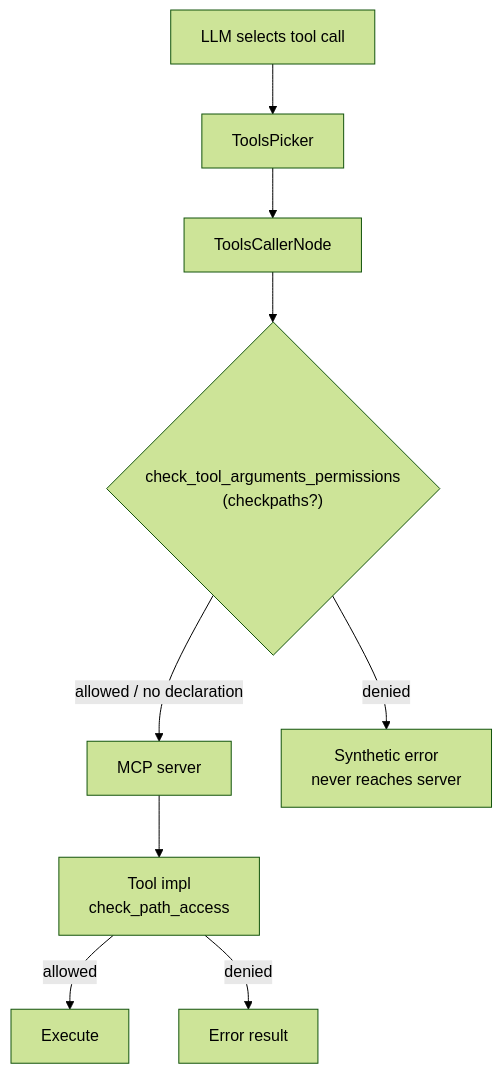
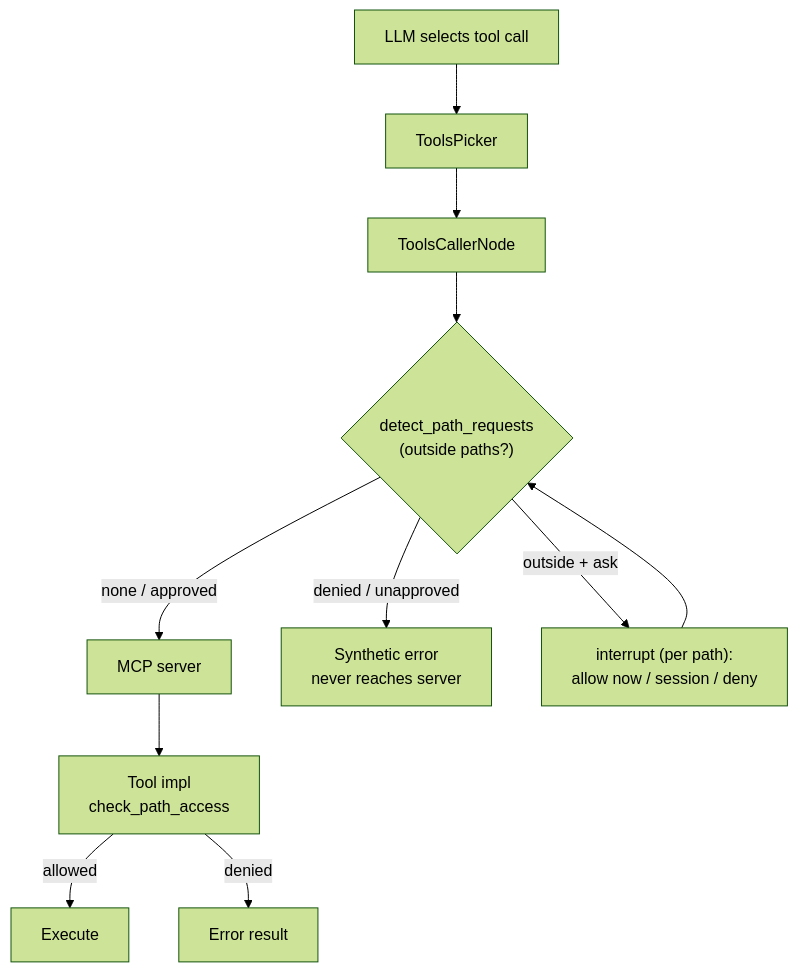
The diagram in devdocs/system/mcp-permissions.md (NeuroML/klea), drawn with Mermaid (forest theme) before and after one commit. The commit also changed other lines of this file and 6 other files, not shown here.

Commit message:
feat(utils/mcp): update dispatch to handle permissions

````diff
--- a/devdocs/system/mcp-permissions.md
+++ b/devdocs/system/mcp-permissions.md
@@ -74,11 +77,13 @@
 ```mermaid
 flowchart TD
     LLM[LLM selects tool call] --> Picker[ToolsPicker]
     Picker --> Caller[ToolsCallerNode]
-    Caller --> PreCheck{"check_tool_arguments_permissions\n(checkpaths?)"}
-    PreCheck -- allowed / no declaration --> Server[MCP server]
-    PreCheck -- denied --> Synth1[Synthetic error\nnever reaches server]
+    Caller --> PreCheck{"detect_path_requests\n(outside paths?)"}
+    PreCheck -- none / approved --> Server[MCP server]
+    PreCheck -- denied / unapproved --> Synth1[Synthetic error\nnever reaches server]
+    PreCheck -- "outside + ask" --> Approval["interrupt (per path):\nallow now / session / deny"]
+    Approval --> PreCheck
     Server --> InTool[Tool impl\ncheck_path_access]
     InTool -- allowed --> Exec[Execute]
     InTool -- denied --> Synth2[Error result]
 ```
````
